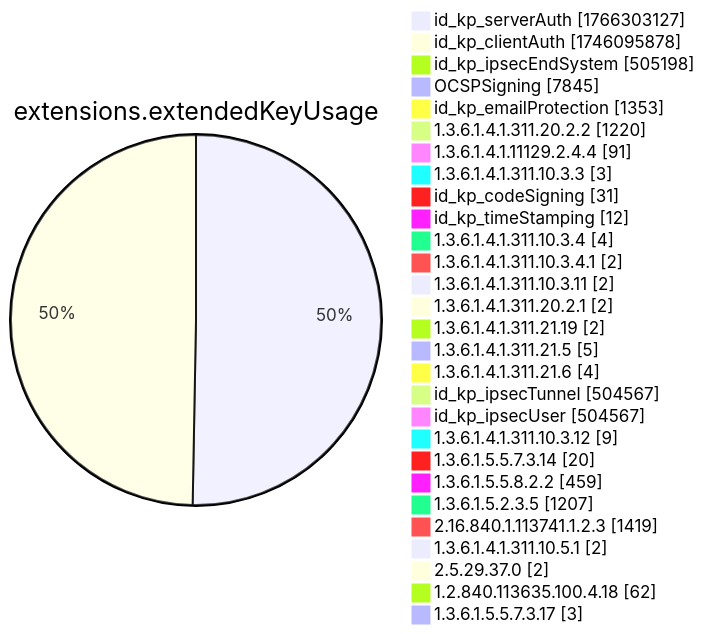
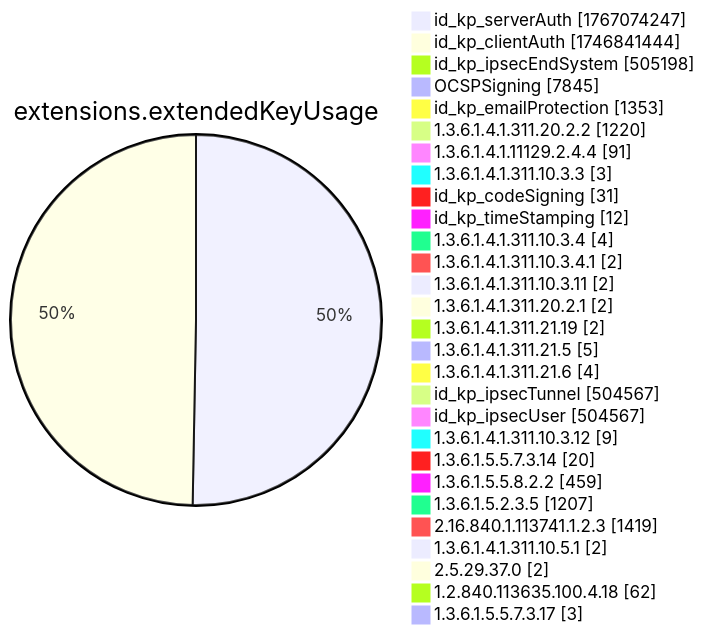
One commit to christiankrug/ctmonitor_visualization changed diagram 12 of 15 in xenon2022/README.md. Above: the diagram before and after it, drawn with Mermaid. The commit also changed other lines of this file, not shown here.

````diff
--- a/xenon2022/README.md
+++ b/xenon2022/README.md
@@ -3893,32 +3893,32 @@
 ```mermaid
 pie showData
 title extensions.extendedKeyUsage
-"id_kp_serverAuth" :1766303127
-"id_kp_clientAuth" :1746095878
+"id_kp_serverAuth" :1767074247
+"id_kp_clientAuth" :1746841444
 "id_kp_ipsecEndSystem" :505198
 "OCSPSigning" :7845
 "id_kp_emailProtection" :1353
 "1.3.6.1.4.1.311.20.2.2" :1220
 "1.3.6.1.4.1.11129.2.4.4" :91
 "1.3.6.1.4.1.311.10.3.3" :3
 "id_kp_codeSigning" :31
 "id_kp_timeStamping" :12
 "1.3.6.1.4.1.311.10.3.4" :4
 "1.3.6.1.4.1.311.10.3.4.1" :2
 "1.3.6.1.4.1.311.10.3.11" :2
 "1.3.6.1.4.1.311.20.2.1" :2
 "1.3.6.1.4.1.311.21.19" :2
 "1.3.6.1.4.1.311.21.5" :5
 "1.3.6.1.4.1.311.21.6" :4
 "id_kp_ipsecTunnel" :504567
 "id_kp_ipsecUser" :504567
 "1.3.6.1.4.1.311.10.3.12" :9
 "1.3.6.1.5.5.7.3.14" :20
 "1.3.6.1.5.5.8.2.2" :459
 "1.3.6.1.5.2.3.5" :1207
 "2.16.840.1.113741.1.2.3" :1419
 "1.3.6.1.4.1.311.10.5.1" :2
 "2.5.29.37.0" :2
 "1.2.840.113635.100.4.18" :62
 "1.3.6.1.5.5.7.3.17" :3
 ```
````
